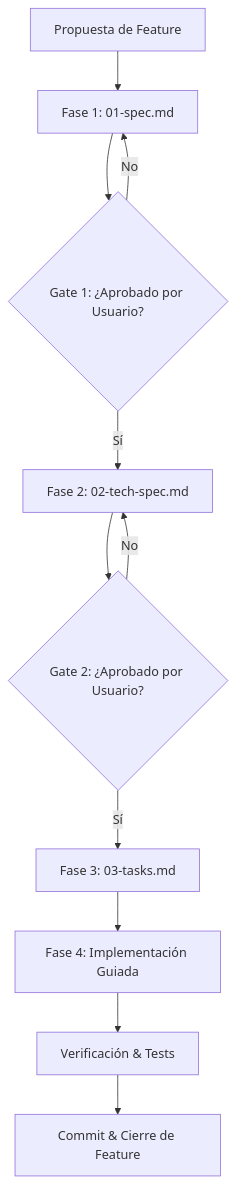
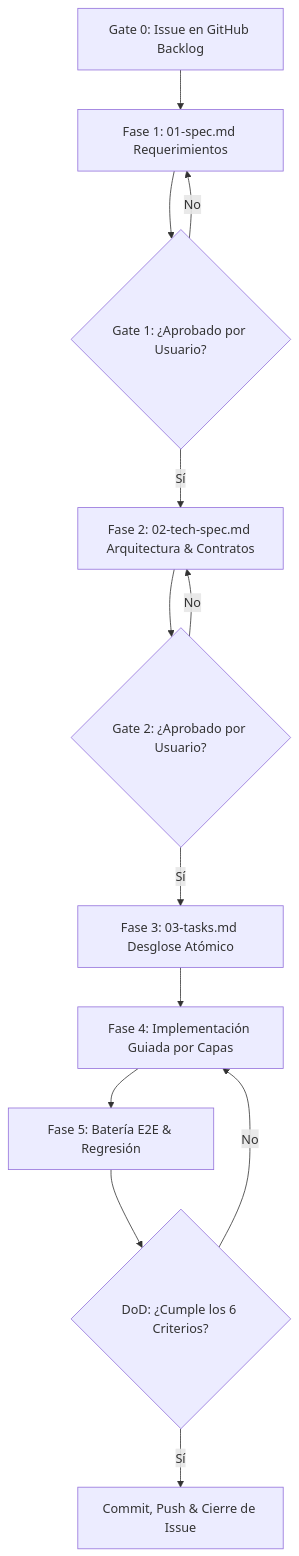
The diagram in specs/SDD_FRAMEWORK.md (serchodm/Nexus), drawn with Mermaid before and after one commit. The commit also changed other lines of this file and 1 other file, not shown here.

````diff
--- a/specs/SDD_FRAMEWORK.md
+++ b/specs/SDD_FRAMEWORK.md
@@ -40,13 +44,15 @@
 ```mermaid
 graph TD
-    A[Propuesta de Feature] --> B[Fase 1: 01-spec.md]
-    B --> Gate1{Gate 1: ¿Aprobado por Usuario?}
-    Gate1 -- No --> B
-    Gate1 -- Sí --> C[Fase 2: 02-tech-spec.md]
-    C --> Gate2{Gate 2: ¿Aprobado por Usuario?}
-    Gate2 -- No --> C
-    Gate2 -- Sí --> D[Fase 3: 03-tasks.md]
-    D --> E[Fase 4: Implementación Guiada]
-    E --> F[Verificación & Tests]
-    F --> G[Commit & Cierre de Feature]
+    Issue[Gate 0: Issue en GitHub Backlog] --> A[Fase 1: 01-spec.md Requerimientos]
+    A --> Gate1{Gate 1: ¿Aprobado por Usuario?}
+    Gate1 -- No --> A
+    Gate1 -- Sí --> B[Fase 2: 02-tech-spec.md Arquitectura & Contratos]
+    B --> Gate2{Gate 2: ¿Aprobado por Usuario?}
+    Gate2 -- No --> B
+    Gate2 -- Sí --> C[Fase 3: 03-tasks.md Desglose Atómico]
+    C --> D[Fase 4: Implementación Guiada por Capas]
+    D --> E[Fase 5: Batería E2E & Regresión]
+    E --> DoD{DoD: ¿Cumple los 6 Criterios?}
+    DoD -- No --> D
+    DoD -- Sí --> F[Commit, Push & Cierre de Issue]
 ```
````
